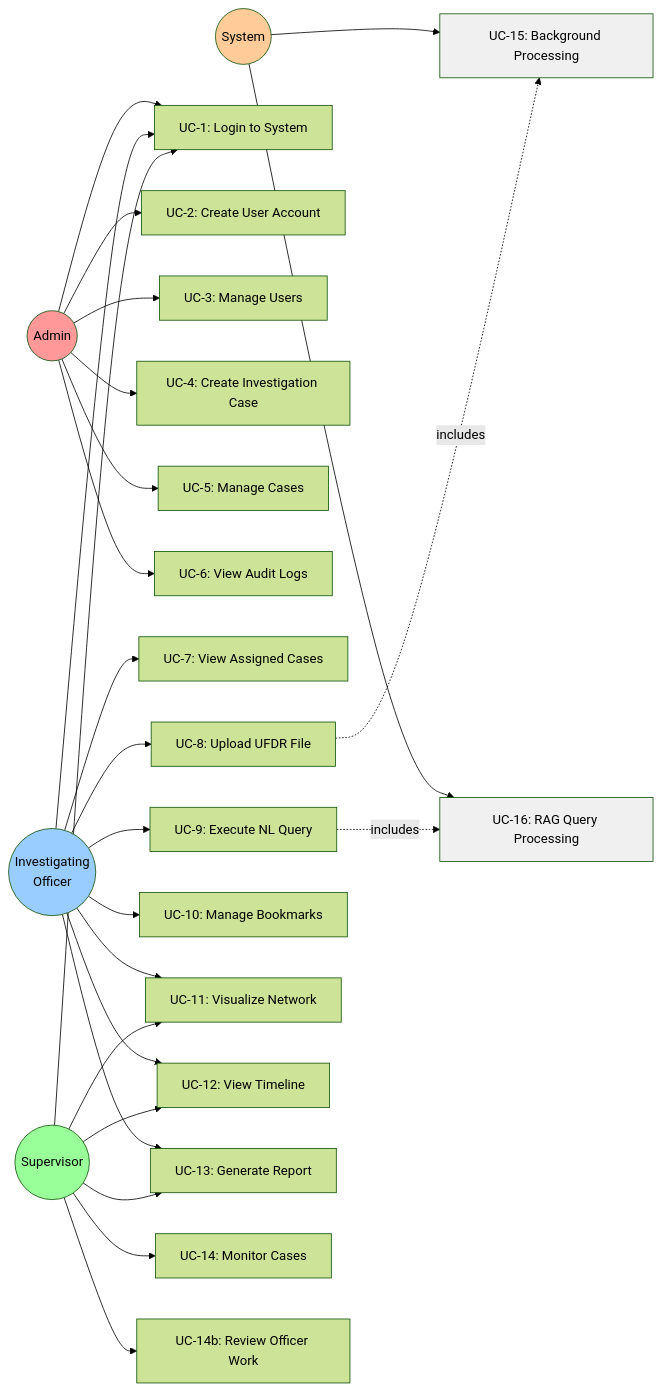
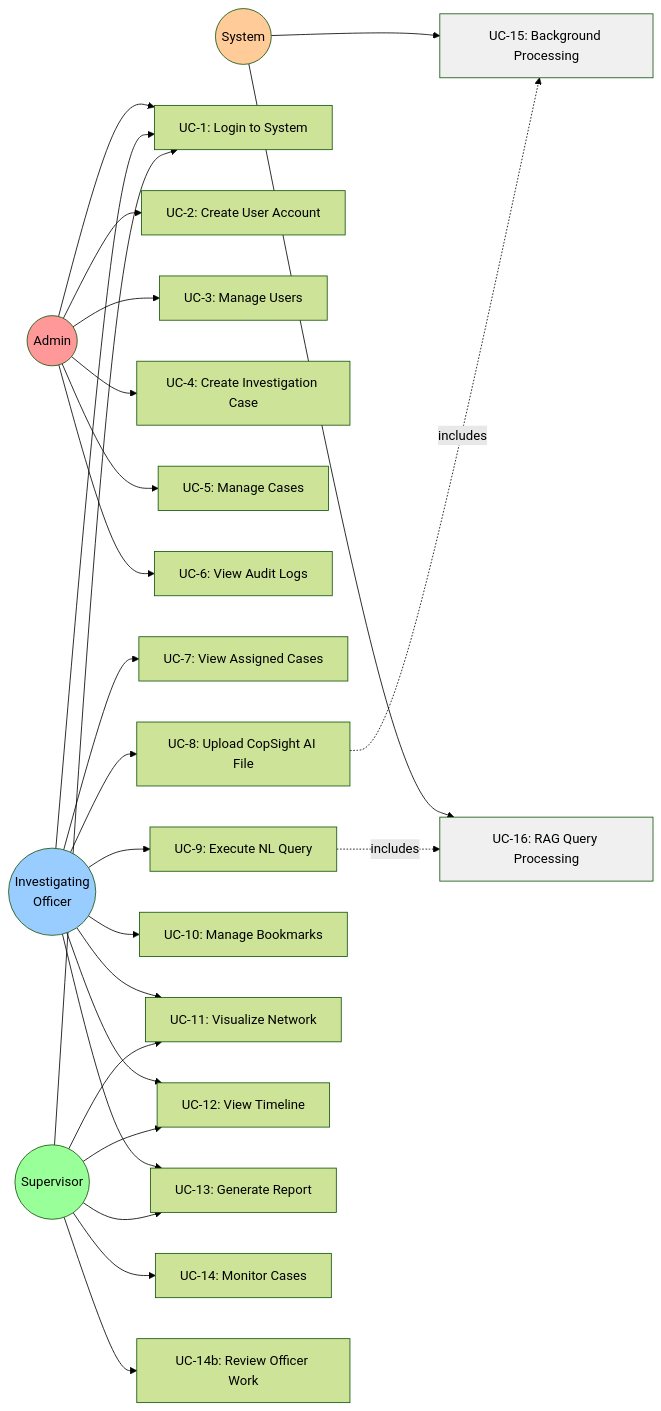
Before and after one commit to beingbrijesh/CopSight: the diagram in USE-CASE-DIAGRAM.md, drawn with Mermaid (forest theme). The commit also changed other lines of this file and 90 other files, not shown here.

Commit message:
chore: Rebrand to CopSight AI and update infrastructure

````diff
--- a/USE-CASE-DIAGRAM.md
+++ b/USE-CASE-DIAGRAM.md
@@ -11,64 +11,64 @@
 ```mermaid
 graph LR
     Admin((Admin))
     IO((Investigating<br/>Officer))
     Supervisor((Supervisor))
     System((System))
     
     UC1[UC-1: Login to System]
     UC2[UC-2: Create User Account]
     UC3[UC-3: Manage Users]
     UC4[UC-4: Create Investigation Case]
     UC5[UC-5: Manage Cases]
     UC6[UC-6: View Audit Logs]
     
     UC7[UC-7: View Assigned Cases]
-    UC8[UC-8: Upload UFDR File]
+    UC8[UC-8: Upload CopSight AI File]
     UC9[UC-9: Execute NL Query]
     UC10[UC-10: Manage Bookmarks]
     UC11[UC-11: Visualize Network]
     UC12[UC-12: View Timeline]
     UC13[UC-13: Generate Report]
     
     UC14[UC-14: Monitor Cases]
     UC14b[UC-14b: Review Officer Work]
     
     UC15[UC-15: Background Processing]
     UC16[UC-16: RAG Query Processing]
     
     Admin --> UC1
     Admin --> UC2
     Admin --> UC3
     Admin --> UC4
     Admin --> UC5
     Admin --> UC6
     
     IO --> UC1
     IO --> UC7
     IO --> UC8
     IO --> UC9
     IO --> UC10
     IO --> UC11
     IO --> UC12
     IO --> UC13
     
     Supervisor --> UC1
     Supervisor --> UC14
     Supervisor --> UC14b
     Supervisor --> UC11
     Supervisor --> UC12
     Supervisor --> UC13
     
     System --> UC15
     System --> UC16
     
     UC8 -.includes.-> UC15
     UC9 -.includes.-> UC16
     
     style Admin fill:#ff9999
     style IO fill:#99ccff
     style Supervisor fill:#99ff99
     style System fill:#ffcc99
     style UC15 fill:#f0f0f0
     style UC16 fill:#f0f0f0
 ```
````
